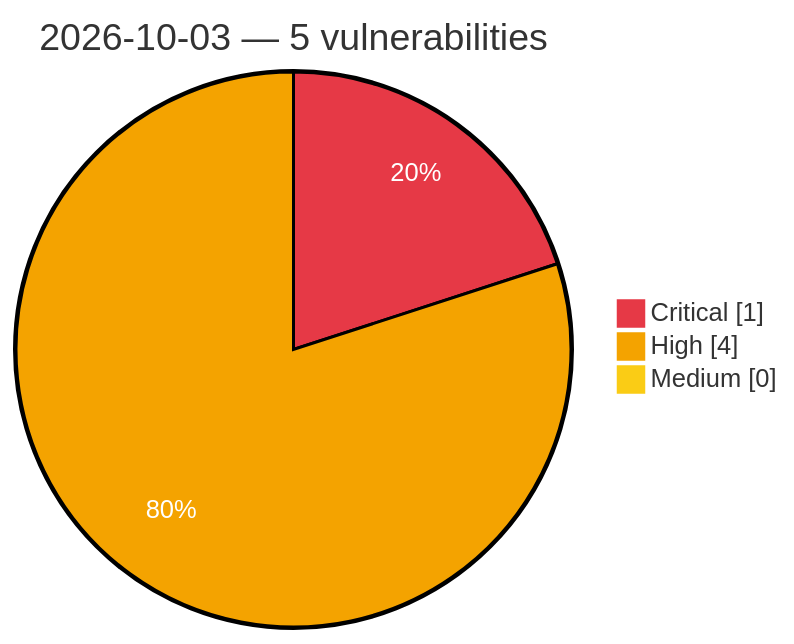
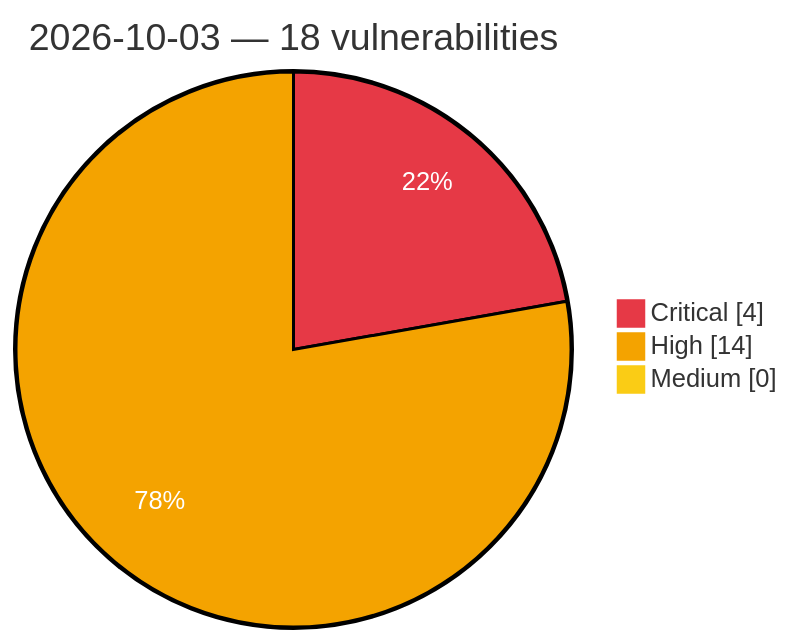
Before and after one commit to GhostX0X/vuln-tracker: the diagram in vulnerabilities/2026/October/2026-10-03.md, drawn with Mermaid. The commit also changed other lines of this file and 5 other files, not shown here.

Commit message:
Auto update: critical/high vulns (2026-10-03 12:02 UTC)

````diff
--- a/vulnerabilities/2026/October/2026-10-03.md
+++ b/vulnerabilities/2026/October/2026-10-03.md
@@ -3,8 +3,8 @@
 ```mermaid
 %%{init: {'theme':'base', 'themeVariables': {'pie1':'#e63946', 'pie2':'#f4a300', 'pie3':'#facc15', 'pieOpacity':'1', 'pieOuterStrokeWidth':'2px', 'pieSectionTextColor':'#ffffff'}}}%%
 pie showData
-    title 2026-10-03 — 5 vulnerabilities
-    "Critical" : 1
-    "High" : 4
+    title 2026-10-03 — 18 vulnerabilities
+    "Critical" : 4
+    "High" : 14
     "Medium" : 0
 ```
````
